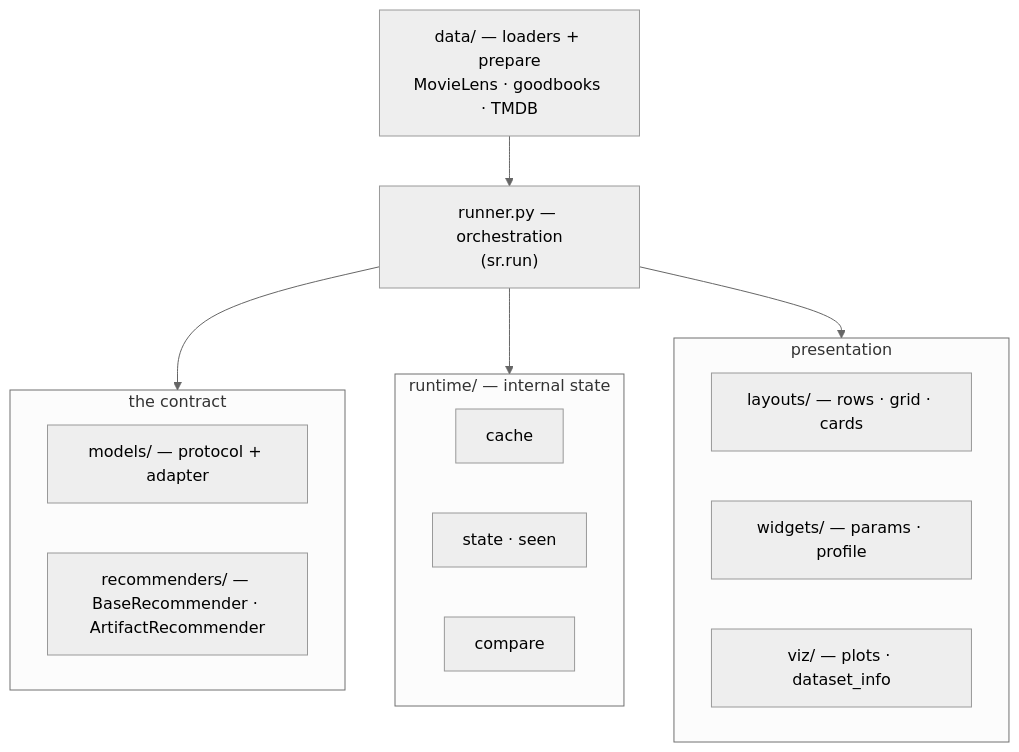
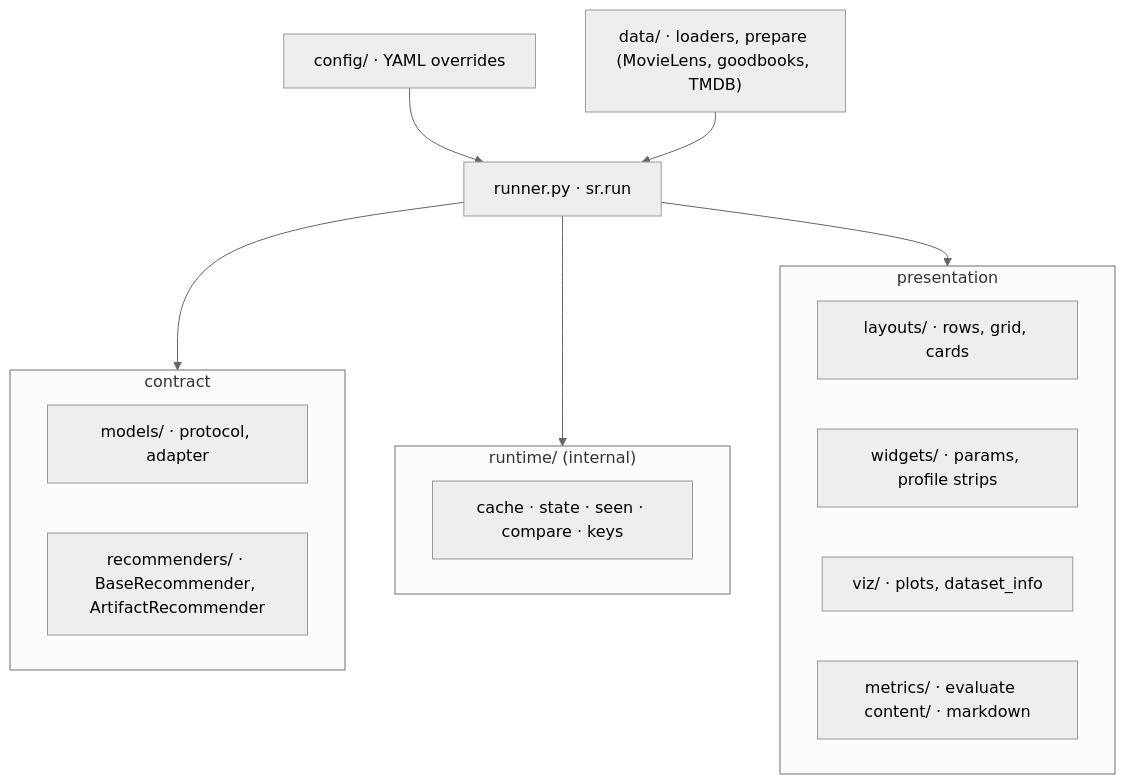
Before and after one commit to vaclavstibor/streamlit-recommenders: the second of 2 diagrams in docs/concepts/architecture.md, drawn with Mermaid (neutral theme). The commit also changed other lines of this file and 34 other files, not shown here.

````diff
--- a/docs/concepts/architecture.md
+++ b/docs/concepts/architecture.md
@@ -57,25 +33,23 @@
 ```mermaid
 flowchart TB
-  run["runner.py — orchestration<br/>(sr.run)"]
-  data["data/ — loaders + prepare<br/>MovieLens · goodbooks · TMDB"]
-
-  subgraph contract["the contract"]
-    models["models/ — protocol + adapter"]
-    recs["recommenders/ — BaseRecommender · ArtifactRecommender"]
+  run["runner.py · sr.run"]
+  data["data/ · loaders, prepare (MovieLens, goodbooks, TMDB)"]
+  subgraph contract["contract"]
+    models["models/ · protocol, adapter"]
+    recs["recommenders/ · BaseRecommender, ArtifactRecommender"]
   end
-  subgraph internal["runtime/ — internal state"]
-    cache["cache"]
-    state["state · seen"]
-    compare["compare"]
+  subgraph runtime["runtime/ (internal)"]
+    rt["cache · state · seen · compare · keys"]
   end
   subgraph present["presentation"]
-    layouts["layouts/ — rows · grid · cards"]
-    widgets["widgets/ — params · profile"]
-    vizmod["viz/ — plots · dataset_info"]
+    layouts["layouts/ · rows, grid, cards"]
+    widgets["widgets/ · params, profile strips"]
+    viz["viz/ · plots, dataset_info"]
+    extras["metrics/ · evaluate   content/ · markdown"]
   end
-
+  config["config/ · YAML overrides"] --> run
   data --> run
   run --> contract
-  run --> internal
+  run --> runtime
   run --> present
 ```
````
